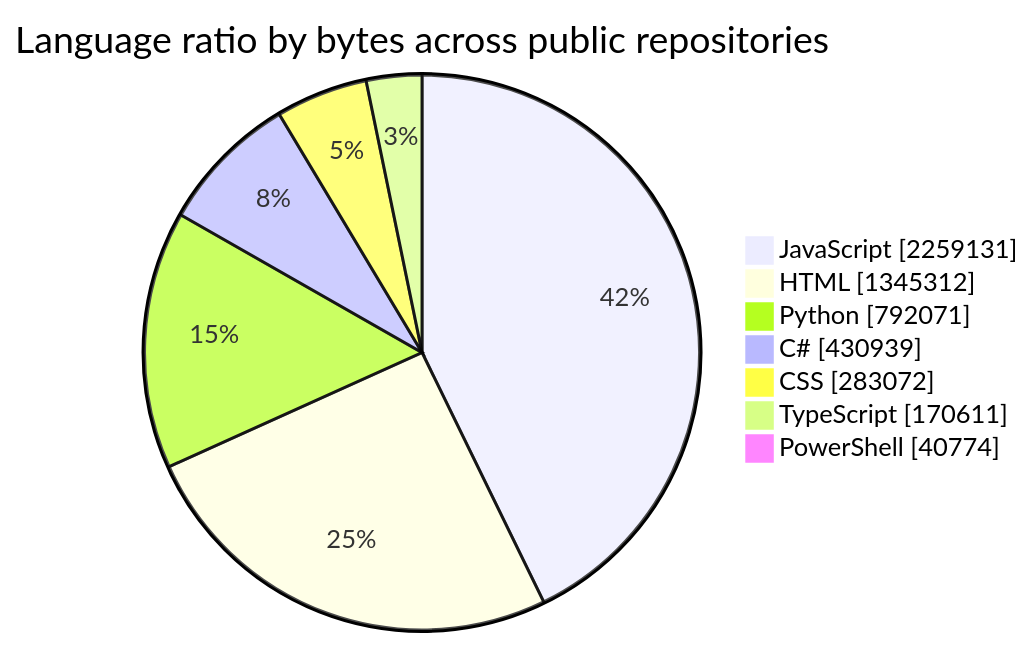
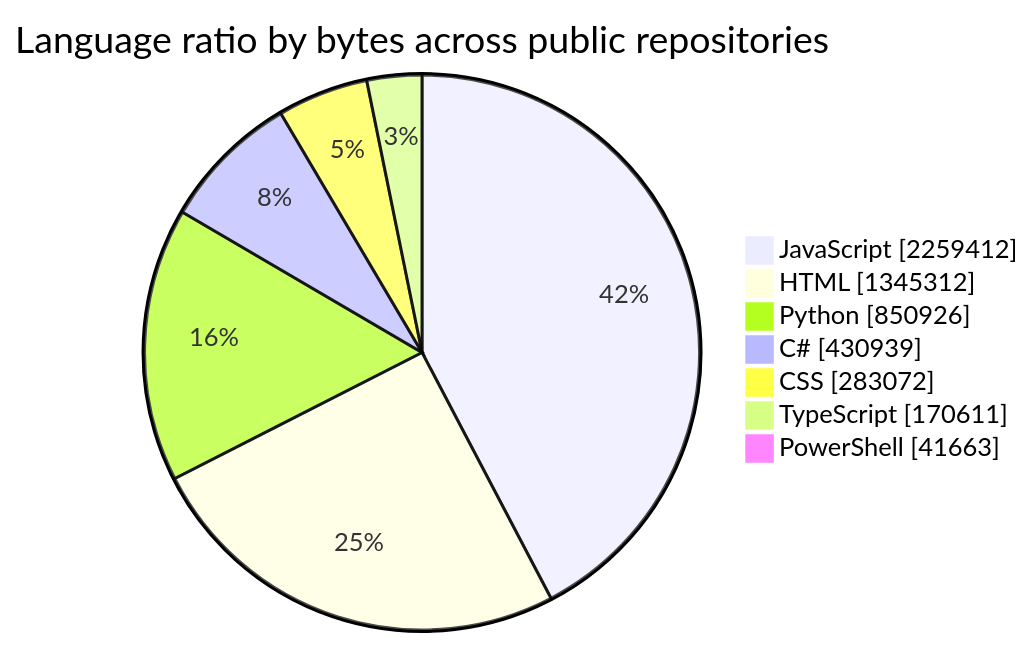
Before and after one commit to tchinso/tchinso: the first of 2 diagrams in README.md, drawn with Mermaid. The commit also changed other lines of this file, not shown here.

````diff
--- a/README.md
+++ b/README.md
@@ -24,11 +24,11 @@
 ```mermaid
 pie showData
     title Language ratio by bytes across public repositories
-    "JavaScript" : 2259131
+    "JavaScript" : 2259412
     "HTML" : 1345312
-    "Python" : 792071
+    "Python" : 850926
     "C#" : 430939
     "CSS" : 283072
     "TypeScript" : 170611
-    "PowerShell" : 40774
+    "PowerShell" : 41663
 ```
````
